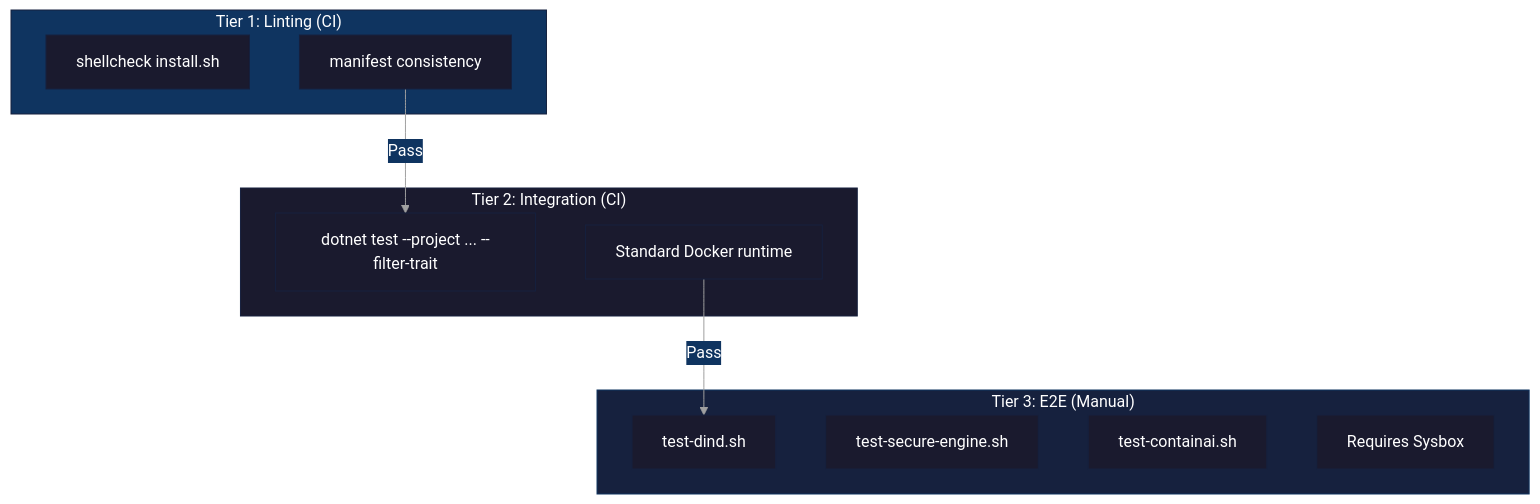
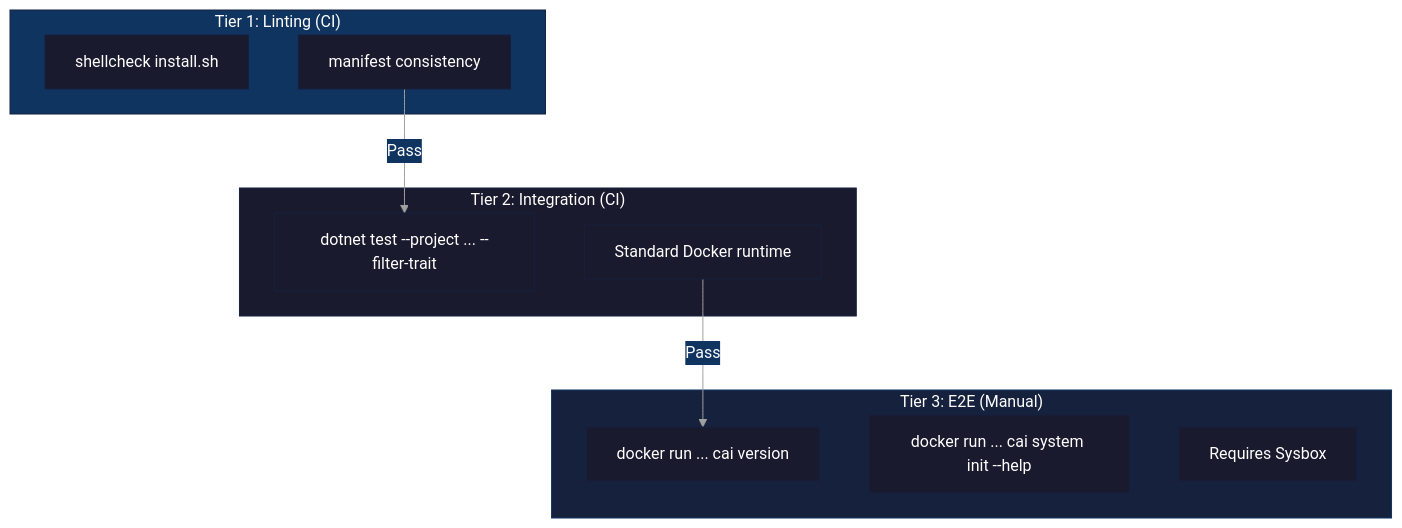
The diagram in docs/testing.md (novotnyllc/ContainAI), drawn with Mermaid before and after one commit. The commit also changed other lines of this file and 36 other files, not shown here.

````diff
--- a/docs/testing.md
+++ b/docs/testing.md
@@ -9,36 +9,35 @@
 ```mermaid
 %%{init: {'theme': 'base', 'themeVariables': {
   'primaryColor': '#1a1a2e',
   'primaryTextColor': '#ffffff',
   'primaryBorderColor': '#16213e',
   'secondaryColor': '#0f3460',
   'tertiaryColor': '#1a1a2e',
   'lineColor': '#a0a0a0',
   'textColor': '#ffffff',
   'background': '#0d1117'
 }}}%%
 flowchart TB
     subgraph T1["Tier 1: Linting (CI)"]
         Shell["shellcheck install.sh"]
         Manifest["manifest consistency"]
     end
 
     subgraph T2["Tier 2: Integration (CI)"]
         Sync["dotnet test --project ... --filter-trait"]
         Docker["Standard Docker runtime"]
     end
 
     subgraph T3["Tier 3: E2E (Manual)"]
-        DinD["test-dind.sh"]
-        Secure["test-secure-engine.sh"]
-        Full["test-containai.sh"]
+        Smoke["docker run ... cai version"]
+        System["docker run ... cai system init --help"]
         Sysbox["Requires Sysbox"]
     end
 
     Manifest -->|"Pass"| Sync
-    Docker -->|"Pass"| DinD
+    Docker -->|"Pass"| Smoke
 
     style T1 fill:#0f3460,stroke:#16213e,color:#fff
     style T2 fill:#1a1a2e,stroke:#16213e,color:#fff
     style T3 fill:#16213e,stroke:#0f3460,color:#fff
 ```
````
